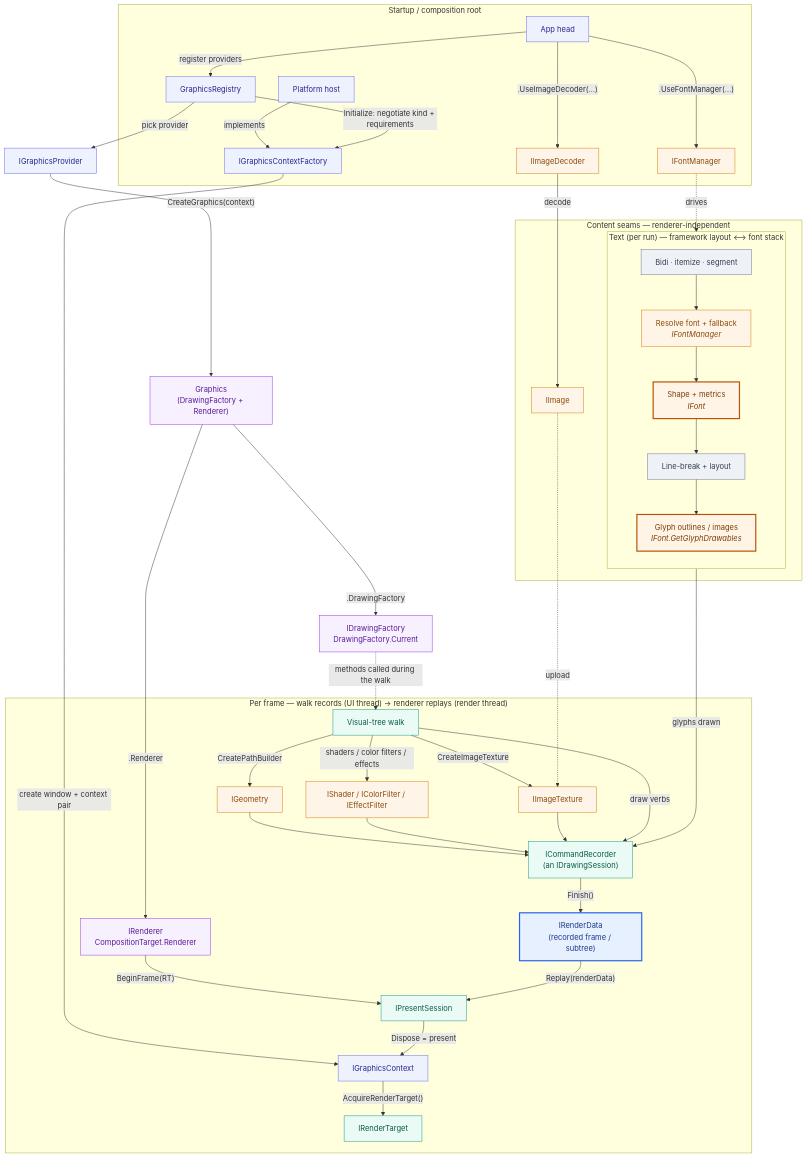
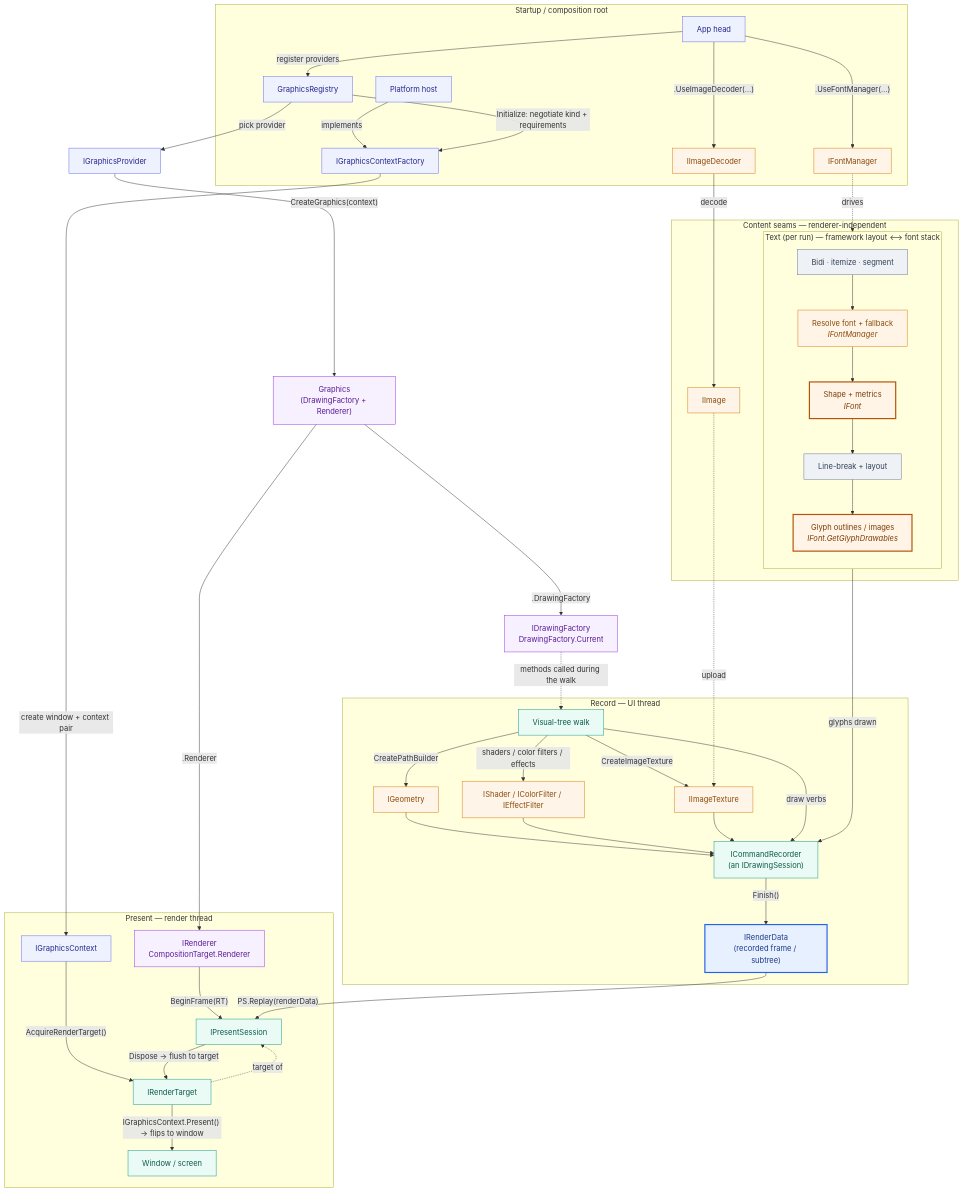
One commit to unoplatform/uno changed the diagram in doc/uno-drawing-backend-design.md. Above: the diagram before and after it, drawn with Mermaid. The commit also changed other lines of this file, not shown here.

Commit message:
docs(drawing-backend): fix present semantics (session flush vs context present)
The flow diagram conflated IPresentSession.Dispose with
IGraphicsContext.Present() (a PS->Ctx 'Dispose=present' arrow). Correct it:
Dispose flushes/submits the frame to the render target; the swapchain flip is
IGraphicsContext.Present() (RT -> window). Split the per-frame box into
Record (UI thread) and Present (render thread), relabel Replay as PS.Replay,
and fix the same 'flush/present' wording in the IPresentSession/BeginFrame docs.

````diff
--- a/doc/uno-drawing-backend-design.md
+++ b/doc/uno-drawing-backend-design.md
@@ -79,64 +79,69 @@
 ```mermaid
 flowchart TB
   subgraph Startup["Startup / composition root"]
     App["App head"] -->|"register providers"| Reg["GraphicsRegistry"]
     App -->|".UseImageDecoder(…)"| Dec["IImageDecoder"]
     App -->|".UseFontManager(…)"| FM["IFontManager"]
     Host["Platform host"] -->|"implements"| CF["IGraphicsContextFactory"]
   end
 
   Reg -->|"Initialize: negotiate kind + requirements"| CF
   CF -->|"create window + context pair"| Ctx["IGraphicsContext"]
   Reg -->|"pick provider"| Prov["IGraphicsProvider"]
   Prov -->|"CreateGraphics(context)"| GS["Graphics<br/>(DrawingFactory + Renderer)"]
   GS -->|".DrawingFactory"| Fac["IDrawingFactory<br/>DrawingFactory.Current"]
   GS -->|".Renderer"| Ren["IRenderer<br/>CompositionTarget.Renderer"]
 
   subgraph Content["Content seams — renderer-independent"]
     Dec -->|"decode"| IMG["IImage"]
     subgraph TextLane["Text (per run) — framework layout ⟷ font stack"]
       direction TB
       TA["Bidi · itemize · segment"] --> FR["Resolve font + fallback<br/><i>IFontManager</i>"]
       FR --> SH["Shape + metrics<br/><i>IFont</i>"]
       SH --> LB["Line-break + layout"]
       LB --> GL["Glyph outlines / images<br/><i>IFont.GetGlyphDrawables</i>"]
     end
   end
   FM -.->|"drives"| FR
 
-  subgraph Frame["Per frame — walk records (UI thread) → renderer replays (render thread)"]
+  subgraph Record["Record — UI thread"]
     Tree["Visual-tree walk"] -->|"CreatePathBuilder"| GEO["IGeometry"]
     Tree -->|"shaders / color filters / effects"| PNT["IShader / IColorFilter / IEffectFilter"]
     Tree -->|"CreateImageTexture"| TEX["IImageTexture"]
     GEO --> REC["ICommandRecorder<br/>(an IDrawingSession)"]
     PNT --> REC
     TEX --> REC
     Tree -->|"draw verbs"| REC
     REC -->|"Finish()"| RD["IRenderData<br/>(recorded frame / subtree)"]
+  end
+
+  subgraph Present["Present — render thread"]
+    Ctx -->|"AcquireRenderTarget()"| RT["IRenderTarget"]
     Ren -->|"BeginFrame(RT)"| PS["IPresentSession"]
-    RD -->|"Replay(renderData)"| PS
-    Ctx -->|"AcquireRenderTarget()"| RT["IRenderTarget"]
-    PS -->|"Dispose = present"| Ctx
+    RT -.->|"target of"| PS
+    PS -->|"Dispose → flush to target"| RT
+    RT -->|"IGraphicsContext.Present() → flips to window"| Win["Window / screen"]
   end
+  RD -->|"PS.Replay(renderData)"| PS
 
   Fac -.->|"methods called during the walk"| Tree
   IMG -.->|"upload"| TEX
   GL -->|"glyphs drawn"| REC
 
   classDef startup fill:#eef2ff,stroke:#6366f1,color:#26268a;
   classDef install fill:#f7f0ff,stroke:#9333ea,color:#5a1b96;
   classDef frame fill:#eafaf4,stroke:#0d9488,color:#0a5c4b;
   classDef content fill:#fef4e7,stroke:#d97706,color:#8a4b0e;
   classDef fw fill:#eef1f6,stroke:#64748b,color:#334155;
   classDef mgr fill:#fff4e5,stroke:#d97706,color:#8a4b0e;
   classDef font fill:#fff4e5,stroke:#b45309,color:#7c3d09,stroke-width:2.5px;
   classDef retained fill:#e7f0ff,stroke:#2563eb,color:#1e3a8a,stroke-width:2.5px;
   class App,Reg,Host,CF,Ctx,Prov startup;
   class GS,Fac,Ren install;
-  class Tree,REC,PS,RT frame;
+  class Tree,REC,PS,RT,Win frame;
   class RD retained;
   class Dec,FM,IMG,GEO,TEX,PNT content;
   class TA,LB fw;
   class FR mgr;
   class SH,GL font;
 ```
````
